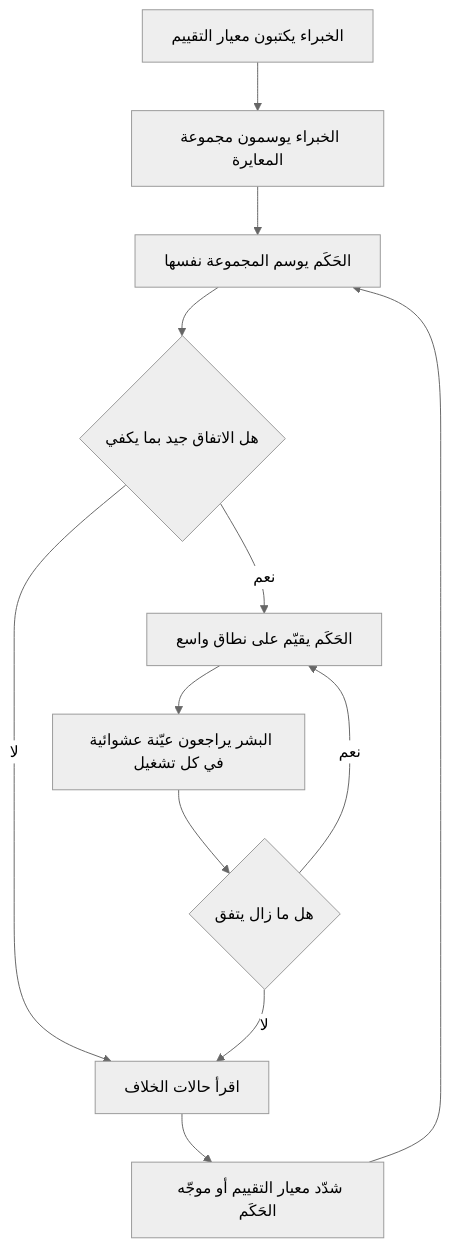
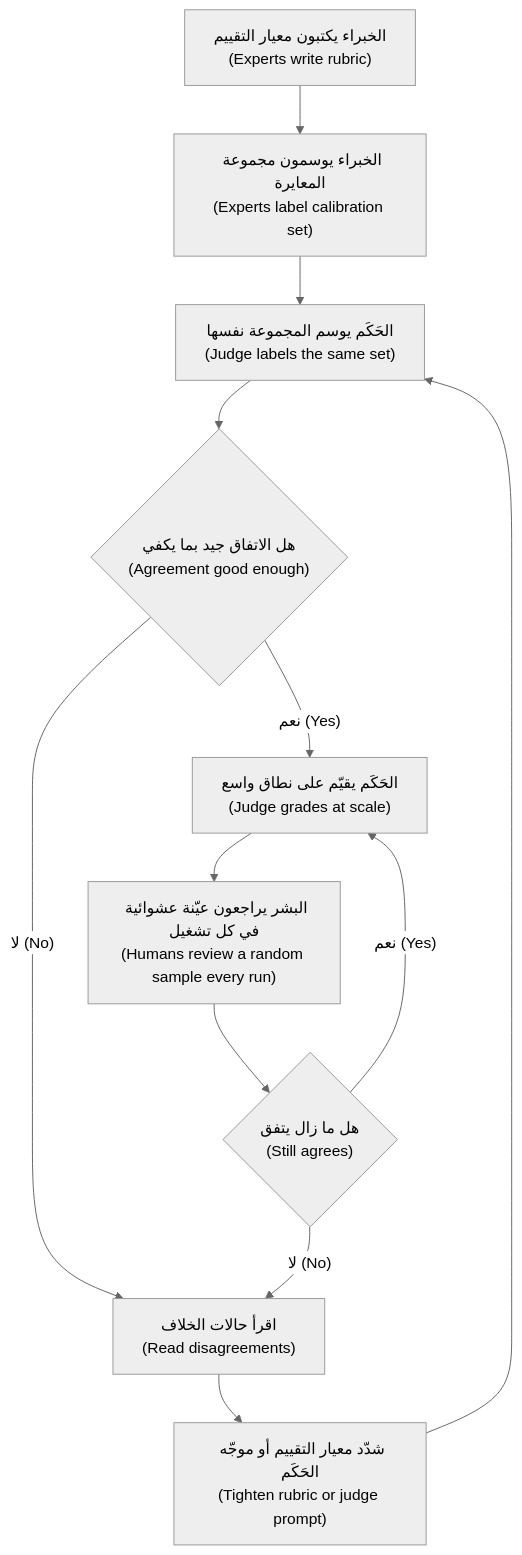
Before and after one commit to Tamoura/system-design-for-vibe-coders: the second of 3 diagrams in aipm/modules/06-evaluation.ar.md, drawn with Mermaid (neutral theme). The commit also changed other lines of this file and 9 other files, not shown here.

First line of the commit message:
AI PM course (AR): right-to-left diagrams with English labels

````diff
--- a/aipm/modules/06-evaluation.ar.md
+++ b/aipm/modules/06-evaluation.ar.md
@@ -332,14 +332,14 @@
 ```mermaid
 flowchart TD
-    A["الخبراء يكتبون معيار التقييم"] --> B["الخبراء يوسمون مجموعة المعايرة"]
-    B --> C["الحَكَم يوسم المجموعة نفسها"]
-    C --> D{"هل الاتفاق جيد بما يكفي"}
-    D -->|"لا"| E["اقرأ حالات الخلاف"]
-    E --> F["شدّد معيار التقييم أو موجّه الحَكَم"]
+    A["الخبراء يكتبون معيار التقييم<br/>(Experts write rubric)"] --> B["الخبراء يوسمون مجموعة المعايرة<br/>(Experts label calibration set)"]
+    B --> C["الحَكَم يوسم المجموعة نفسها<br/>(Judge labels the same set)"]
+    C --> D{"هل الاتفاق جيد بما يكفي<br/>(Agreement good enough)"}
+    D -->|"لا (No)"| E["اقرأ حالات الخلاف<br/>(Read disagreements)"]
+    E --> F["شدّد معيار التقييم أو موجّه الحَكَم<br/>(Tighten rubric or judge prompt)"]
     F --> C
-    D -->|"نعم"| G["الحَكَم يقيّم على نطاق واسع"]
-    G --> H["البشر يراجعون عيّنة عشوائية في كل تشغيل"]
-    H --> I{"هل ما زال يتفق"}
-    I -->|"نعم"| G
-    I -->|"لا"| E
+    D -->|"نعم (Yes)"| G["الحَكَم يقيّم على نطاق واسع<br/>(Judge grades at scale)"]
+    G --> H["البشر يراجعون عيّنة عشوائية في كل تشغيل<br/>(Humans review a random sample every run)"]
+    H --> I{"هل ما زال يتفق<br/>(Still agrees)"}
+    I -->|"نعم (Yes)"| G
+    I -->|"لا (No)"| E
 ```
````
